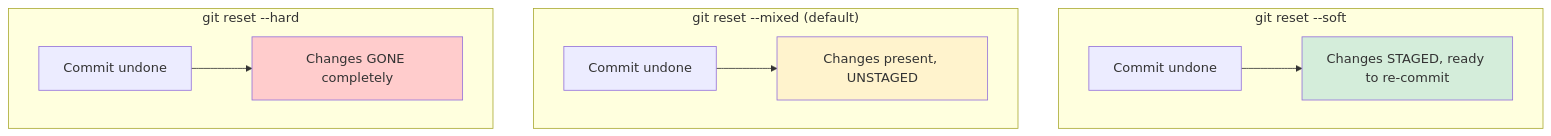
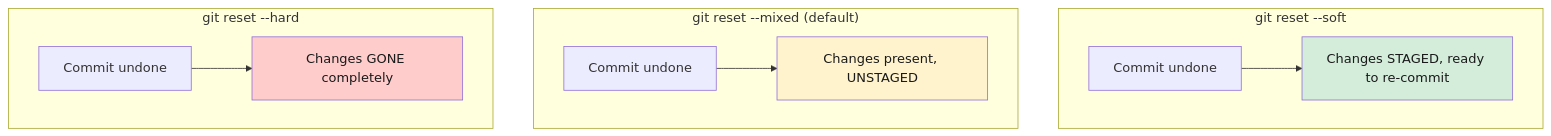
One commit to ghanendra-sdet/git-tutorials changed the second of 3 diagrams in 04-undo-and-recovery/README.md. Above: the diagram before and after it, drawn with Mermaid. The commit also changed other lines of this file and 5 other files, not shown here.

First line of the commit message:
fix: illegible mermaid diagram text in dark mode

````diff
--- a/04-undo-and-recovery/README.md
+++ b/04-undo-and-recovery/README.md
@@ -110,15 +110,15 @@
 ```mermaid
 graph TB
     subgraph "git reset --soft"
         S1[Commit undone] --> S2[Changes STAGED, ready to re-commit]
     end
     subgraph "git reset --mixed (default)"
         M1[Commit undone] --> M2[Changes present, UNSTAGED]
     end
     subgraph "git reset --hard"
         H1[Commit undone] --> H2[Changes GONE completely]
     end
-    style S2 fill:#d4edda
-    style M2 fill:#fff3cd
-    style H2 fill:#ffcccc
+    style S2 fill:#d4edda,color:#1a1a1a
+    style M2 fill:#fff3cd,color:#1a1a1a
+    style H2 fill:#ffcccc,color:#1a1a1a
 ```
````
